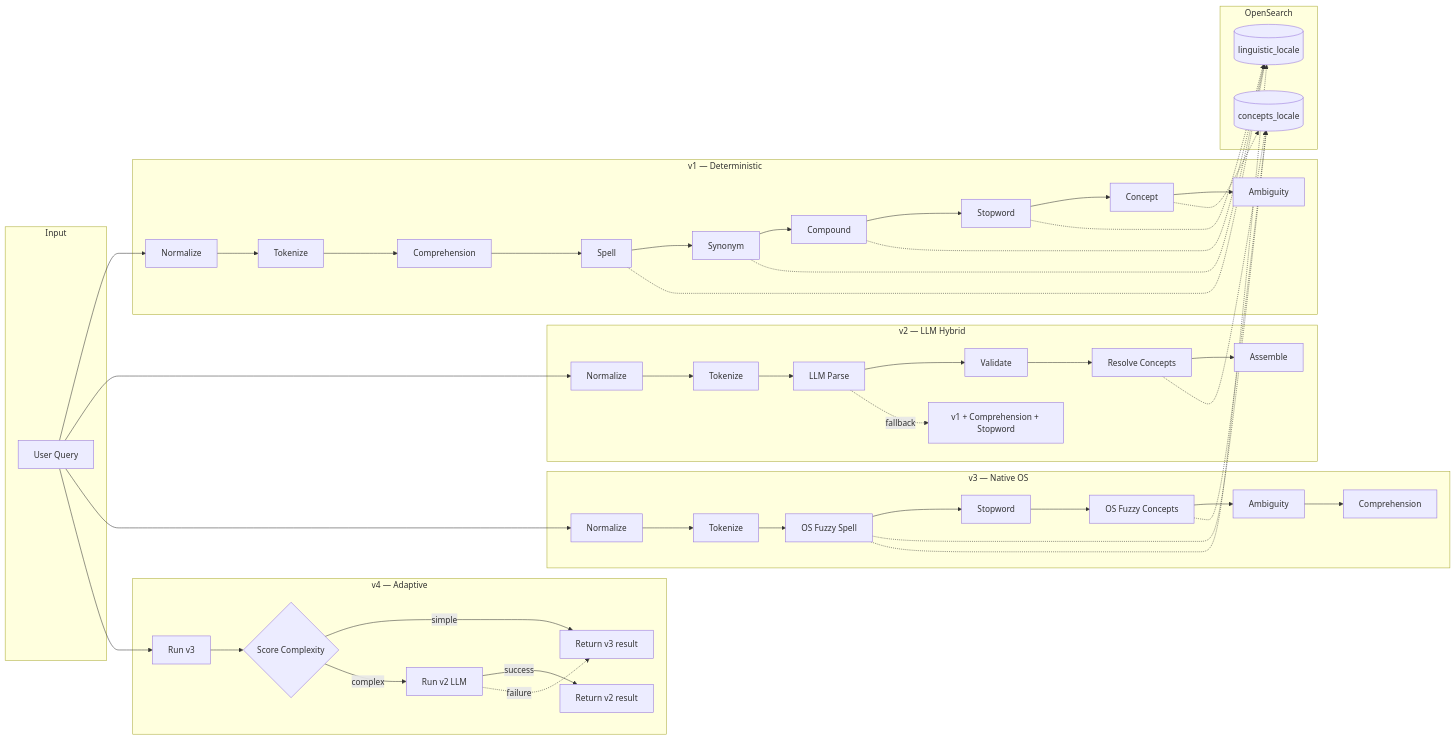
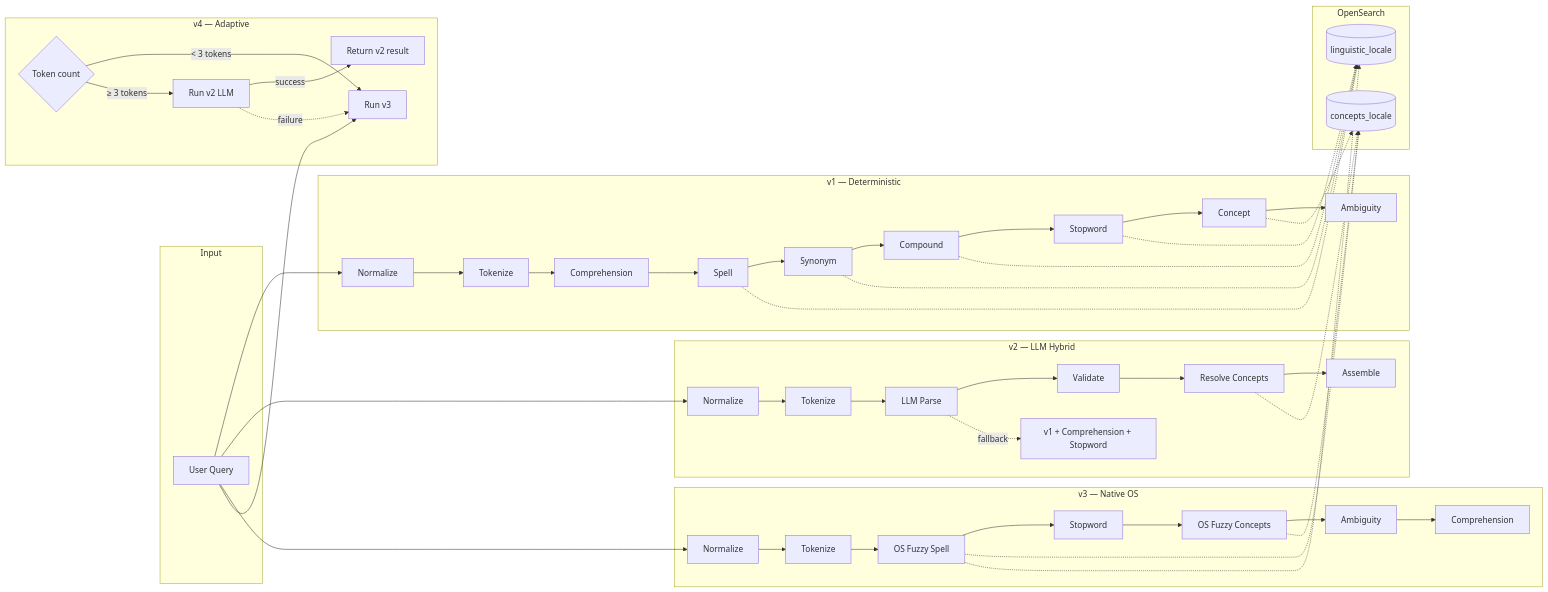
Before and after one commit to ahmedalaahagag/query-understanding-service: the diagram in README.md, drawn with Mermaid. The commit also changed other lines of this file and 11 other files, not shown here.

First line of the commit message:
refactor: simplify v4 adaptive pipeline to token-count routing

````diff
--- a/README.md
+++ b/README.md
@@ -7,59 +7,58 @@
 ```mermaid
 graph LR
     subgraph Input
         Q[User Query]
     end
 
     subgraph "v1 — Deterministic"
         V1_1[Normalize] --> V1_2[Tokenize]
         V1_2 --> V1_3[Comprehension]
         V1_3 --> V1_4[Spell]
         V1_4 --> V1_5[Synonym]
         V1_5 --> V1_6[Compound]
         V1_6 --> V1_7[Stopword]
         V1_7 --> V1_8[Concept]
         V1_8 --> V1_9[Ambiguity]
     end
 
     subgraph "v2 — LLM Hybrid"
         V2_1[Normalize] --> V2_2[Tokenize]
         V2_2 --> V2_3[LLM Parse]
         V2_3 --> V2_4[Validate]
         V2_4 --> V2_5[Resolve Concepts]
         V2_5 --> V2_6[Assemble]
         V2_3 -.->|fallback| V2_F[v1 + Comprehension + Stopword]
     end
 
     subgraph "v3 — Native OS"
         V3_1[Normalize] --> V3_2[Tokenize]
         V3_2 --> V3_3[OS Fuzzy Spell]
         V3_3 --> V3_4[Stopword]
         V3_4 --> V3_5[OS Fuzzy Concepts]
         V3_5 --> V3_6[Ambiguity]
         V3_6 --> V3_7[Comprehension]
     end
 
     subgraph "v4 — Adaptive"
-        V4_1[Run v3] --> V4_2{Score Complexity}
-        V4_2 -->|simple| V4_3[Return v3 result]
-        V4_2 -->|complex| V4_4[Run v2 LLM]
-        V4_4 -->|success| V4_5[Return v2 result]
-        V4_4 -.->|failure| V4_3
+        V4_0{Token count} -->|"< 3 tokens"| V4_1[Run v3]
+        V4_0 -->|"≥ 3 tokens"| V4_2[Run v2 LLM]
+        V4_2 -->|success| V4_3[Return v2 result]
+        V4_2 -.->|failure| V4_1
     end
 
     Q --> V1_1
     Q --> V2_1
     Q --> V3_1
     Q --> V4_1
 
     subgraph "OpenSearch"
         OS_L[(linguistic_locale)]
         OS_C[(concepts_locale)]
     end
 
     V1_4 & V1_5 & V1_6 & V1_7 -.-> OS_L
     V1_8 -.-> OS_C
     V2_5 -.-> OS_C
     V3_3 & V3_5 -.-> OS_C
     V3_3 -.-> OS_L
 ```
````
